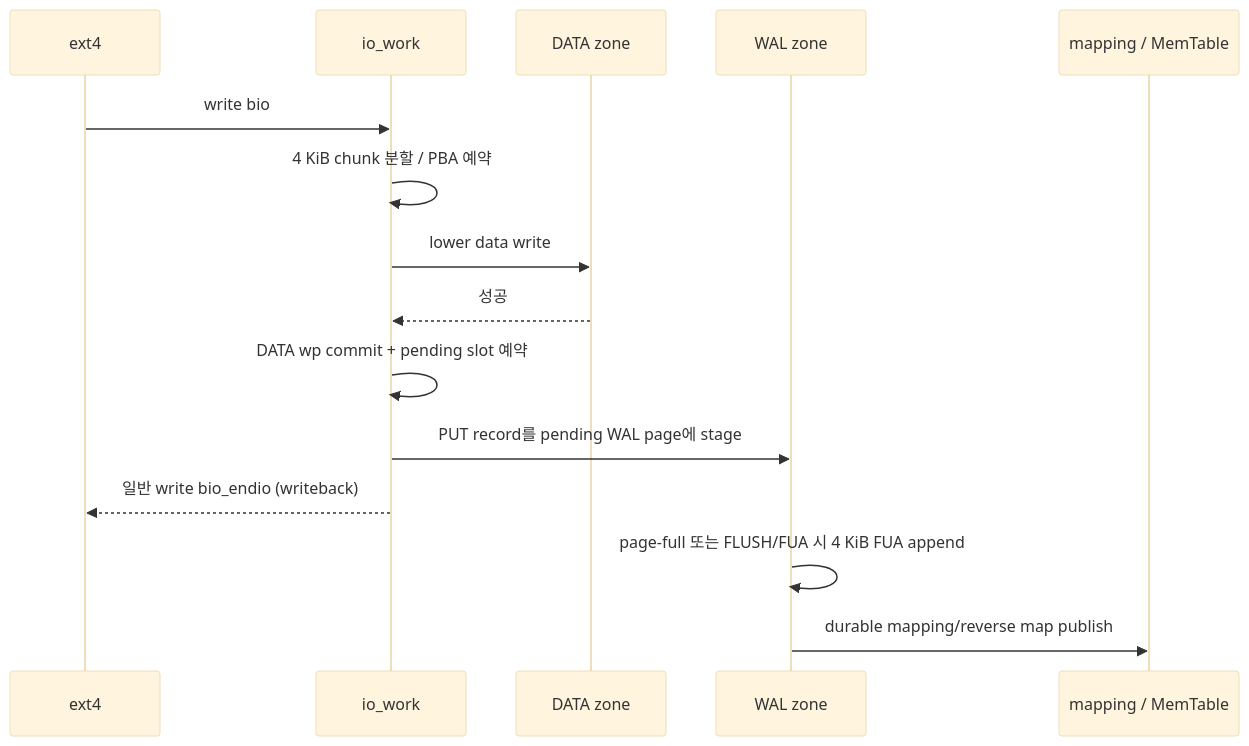
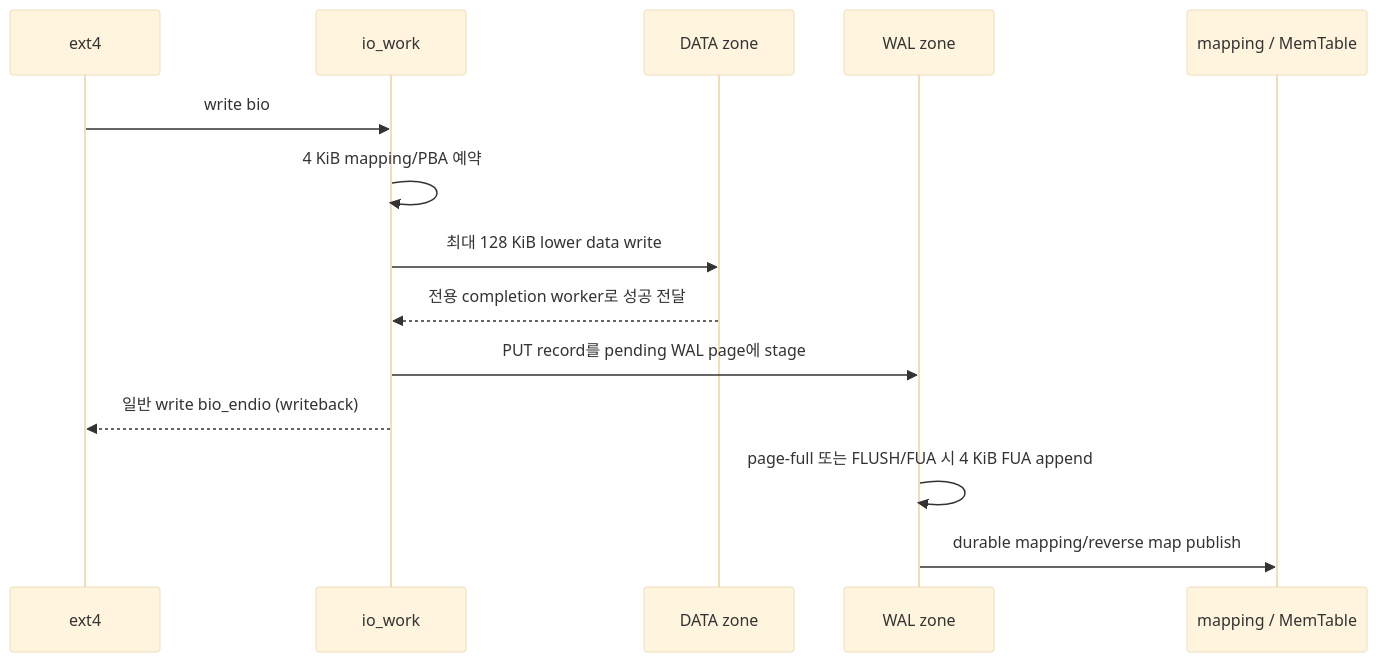
One commit to ZnsCapstone/dm-zns-base changed the second of 2 diagrams in README.md. Above: the diagram before and after it, drawn with Mermaid (base theme). The commit also changed other lines of this file and 3 other files, not shown here.

````diff
--- a/README.md
+++ b/README.md
@@ -141,18 +143,17 @@
 ```mermaid
 sequenceDiagram
     participant FS as ext4
     participant IO as io_work
     participant DATA as DATA zone
     participant WAL as WAL zone
     participant MAP as mapping / MemTable
 
     FS->>IO: write bio
-    IO->>IO: 4 KiB chunk 분할 / PBA 예약
-    IO->>DATA: lower data write
-    DATA-->>IO: 성공
-    IO->>IO: DATA wp commit + pending slot 예약
+    IO->>IO: 4 KiB mapping/PBA 예약
+    IO->>DATA: 최대 128 KiB lower data write
+    DATA-->>IO: 전용 completion worker로 성공 전달
     IO->>WAL: PUT record를 pending WAL page에 stage
     IO-->>FS: 일반 write bio_endio (writeback)
     WAL->>WAL: page-full 또는 FLUSH/FUA 시 4 KiB FUA append
     WAL->>MAP: durable mapping/reverse map publish
 ```
````
